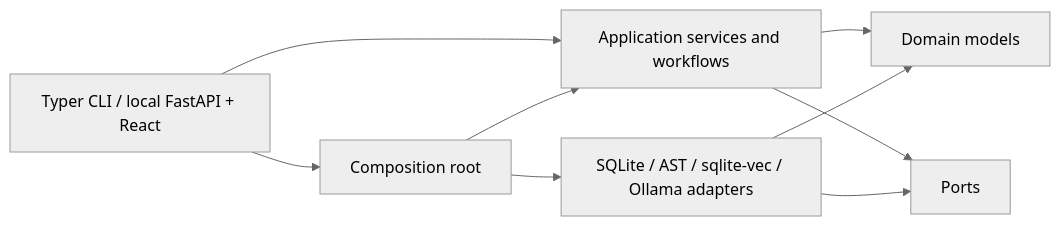
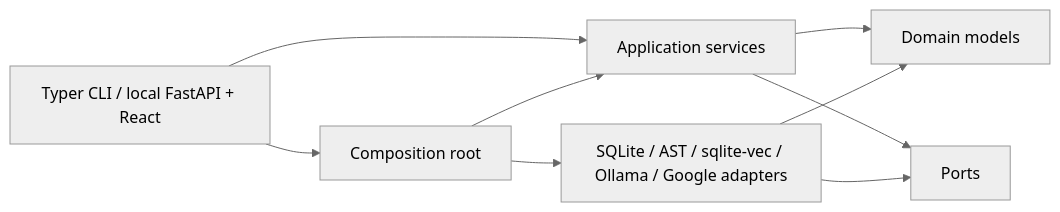
One commit to Furkan-rgb/arch_compass changed the diagram in docs/architecture.md. Above: the diagram before and after it, drawn with Mermaid (neutral theme). The commit also changed other lines of this file and 212 other files, not shown here.

````diff
--- a/docs/architecture.md
+++ b/docs/architecture.md
@@ -11,11 +11,11 @@
 ```mermaid
 flowchart LR
     PRESENTATION[Typer CLI / local FastAPI + React] --> BOOT[Composition root]
-    PRESENTATION --> APP[Application services and workflows]
+    PRESENTATION --> APP[Application services]
     APP --> DOMAIN[Domain models]
     APP --> PORTS[Ports]
-    ADAPTERS[SQLite / AST / sqlite-vec / Ollama adapters] --> PORTS
+    ADAPTERS[SQLite / AST / sqlite-vec / Ollama / Google adapters] --> PORTS
     ADAPTERS --> DOMAIN
     BOOT --> APP
     BOOT --> ADAPTERS
 ```
````
